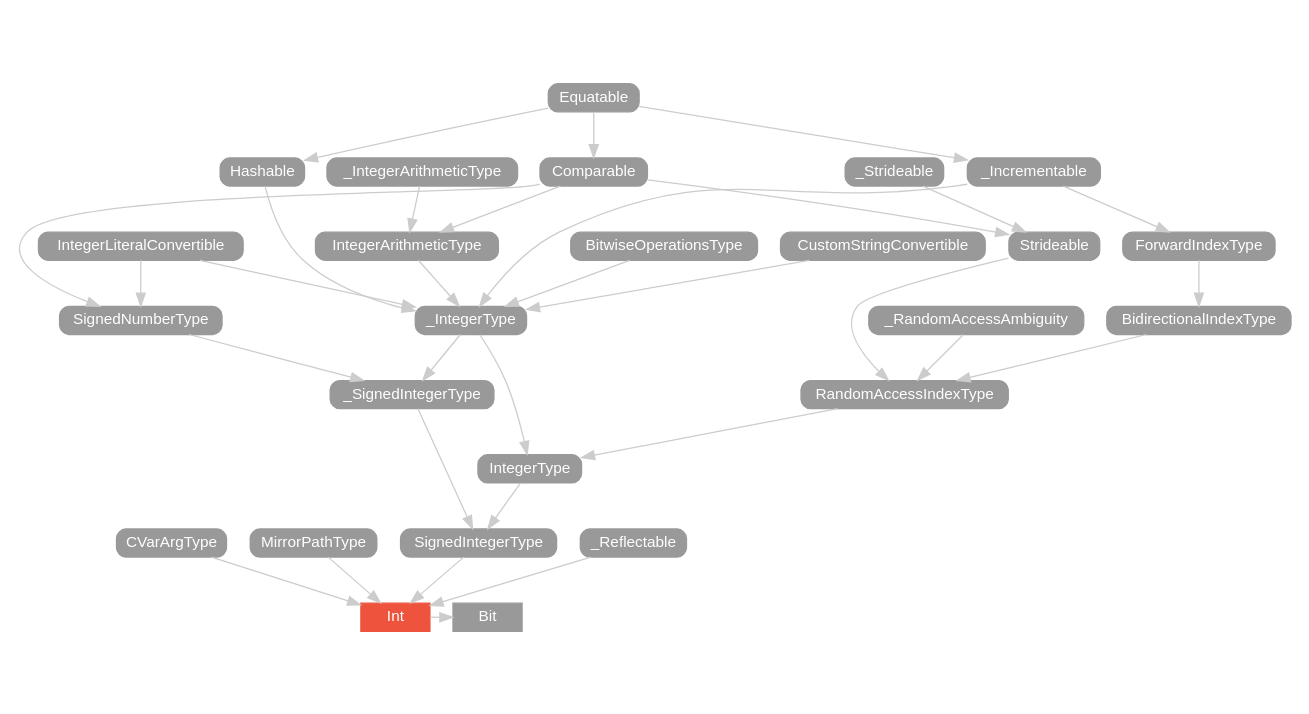
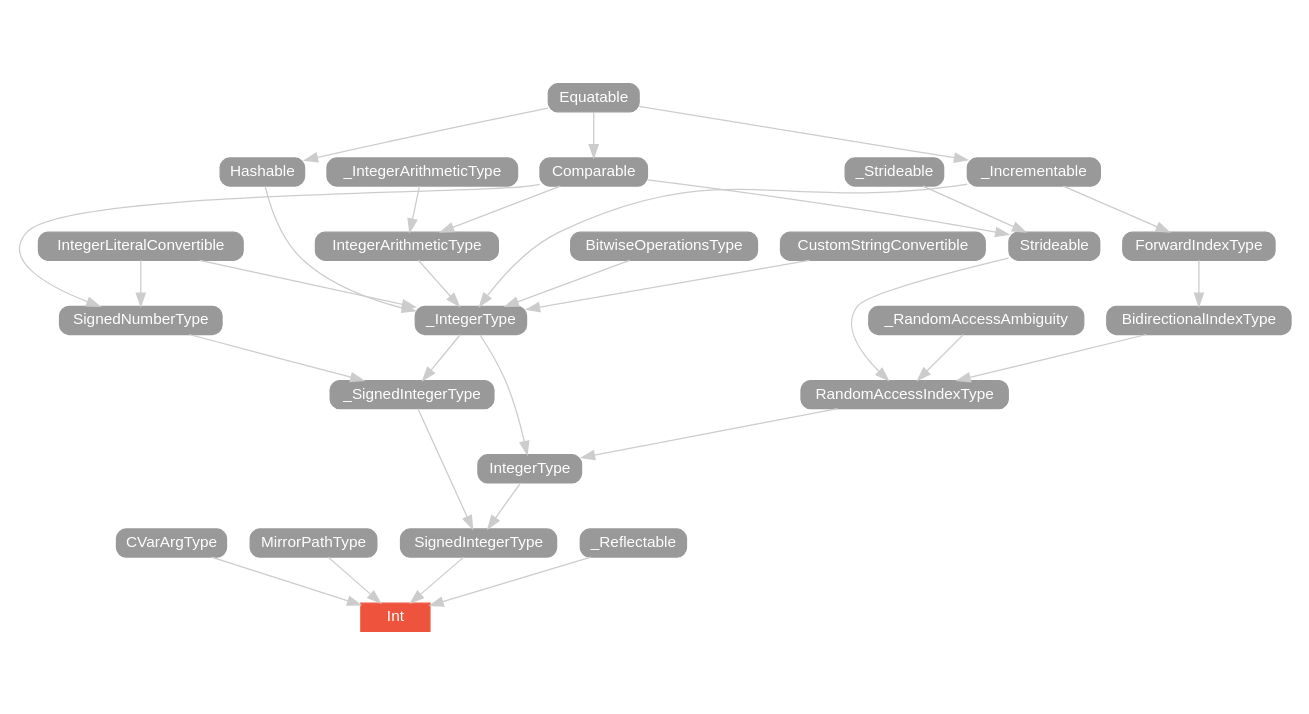
One commit to SwiftDoc/SwiftDoc.github.io changed the diagram in v2.1/type/Int/hierarchy/index.dot. Above: the diagram before and after it, drawn with Graphviz. The commit also changed 50 other files, not shown here.

```diff
--- a/v2.1/type/Int/hierarchy/index.dot
+++ b/v2.1/type/Int/hierarchy/index.dot
@@ -1,77 +1,75 @@
 strict digraph "Int - Type Hierarchy - SwiftDoc.org" {
     pad="0.1,0.8"
     node [shape=box, style="filled,rounded", color="#999999", fillcolor="#999999", fontcolor=white, fontname=Helvetica, fontnames="Helvetica,sansserif", fontsize=12, margin="0.07,0.05", height="0.3"]
     edge [color="#cccccc"]
     "BidirectionalIndexType" [URL="/protocol/BidirectionalIndexType/hierarchy/"]
-    "Bit" [URL="/type/Bit/hierarchy/", style=filled]
     "BitwiseOperationsType" [URL="/protocol/BitwiseOperationsType/hierarchy/"]
     "CVarArgType" [URL="/protocol/CVarArgType/hierarchy/"]
     "Comparable" [URL="/protocol/Comparable/hierarchy/"]
     "CustomStringConvertible" [URL="/protocol/CustomStringConvertible/hierarchy/"]
     "Equatable" [URL="/protocol/Equatable/hierarchy/"]
     "ForwardIndexType" [URL="/protocol/ForwardIndexType/hierarchy/"]
     "Hashable" [URL="/protocol/Hashable/hierarchy/"]
     "Int" [URL="/type/Int/", style="filled", fillcolor="#ee543d", color="#ee543d"]
     "IntegerArithmeticType" [URL="/protocol/IntegerArithmeticType/hierarchy/"]
     "IntegerLiteralConvertible" [URL="/protocol/IntegerLiteralConvertible/hierarchy/"]
     "IntegerType" [URL="/protocol/IntegerType/hierarchy/"]
     "MirrorPathType" [URL="/protocol/MirrorPathType/hierarchy/"]
     "RandomAccessIndexType" [URL="/protocol/RandomAccessIndexType/hierarchy/"]
     "SignedIntegerType" [URL="/protocol/SignedIntegerType/hierarchy/"]
     "SignedNumberType" [URL="/protocol/SignedNumberType/hierarchy/"]
     "Strideable" [URL="/protocol/Strideable/hierarchy/"]
     "_Incrementable" [URL="/protocol/_Incrementable/hierarchy/"]
     "_IntegerArithmeticType" [URL="/protocol/_IntegerArithmeticType/hierarchy/"]
     "_IntegerType" [URL="/protocol/_IntegerType/hierarchy/"]
     "_RandomAccessAmbiguity" [URL="/protocol/_RandomAccessAmbiguity/hierarchy/"]
     "_Reflectable" [URL="/protocol/_Reflectable/hierarchy/"]
     "_SignedIntegerType" [URL="/protocol/_SignedIntegerType/hierarchy/"]
-    "_Strideable" [URL="/protocol/_Strideable/hierarchy/"]    "Int" -> "Bit"
-    "SignedIntegerType" -> "Int"
+    "_Strideable" [URL="/protocol/_Strideable/hierarchy/"]    "SignedIntegerType" -> "Int"
     "_Reflectable" -> "Int"
     "MirrorPathType" -> "Int"
     "CVarArgType" -> "Int"
     "_SignedIntegerType" -> "SignedIntegerType"
     "IntegerType" -> "SignedIntegerType"
     "_IntegerType" -> "_SignedIntegerType"
     "SignedNumberType" -> "_SignedIntegerType"
     "IntegerLiteralConvertible" -> "_IntegerType"
     "CustomStringConvertible" -> "_IntegerType"
     "Hashable" -> "_IntegerType"
     "IntegerArithmeticType" -> "_IntegerType"
     "BitwiseOperationsType" -> "_IntegerType"
     "_Incrementable" -> "_IntegerType"
     "Equatable" -> "Hashable"
     "_IntegerArithmeticType" -> "IntegerArithmeticType"
     "Comparable" -> "IntegerArithmeticType"
     "Equatable" -> "Comparable"
     "Equatable" -> "_Incrementable"
     "Comparable" -> "SignedNumberType"
     "IntegerLiteralConvertible" -> "SignedNumberType"
     "Equatable" -> "Comparable"
     "_IntegerType" -> "IntegerType"
     "RandomAccessIndexType" -> "IntegerType"
     "IntegerLiteralConvertible" -> "_IntegerType"
     "CustomStringConvertible" -> "_IntegerType"
     "Hashable" -> "_IntegerType"
     "IntegerArithmeticType" -> "_IntegerType"
     "BitwiseOperationsType" -> "_IntegerType"
     "_Incrementable" -> "_IntegerType"
     "Equatable" -> "Hashable"
     "_IntegerArithmeticType" -> "IntegerArithmeticType"
     "Comparable" -> "IntegerArithmeticType"
     "Equatable" -> "Comparable"
     "Equatable" -> "_Incrementable"
     "BidirectionalIndexType" -> "RandomAccessIndexType"
     "Strideable" -> "RandomAccessIndexType"
     "_RandomAccessAmbiguity" -> "RandomAccessIndexType"
     "ForwardIndexType" -> "BidirectionalIndexType"
     "_Incrementable" -> "ForwardIndexType"
     "Equatable" -> "_Incrementable"
     "Comparable" -> "Strideable"
     "_Strideable" -> "Strideable"
     "Equatable" -> "Comparable"
     subgraph Types {
-        rank = max; "Int"; "Bit";
+        rank = max; "Int";
     }
 }
```
